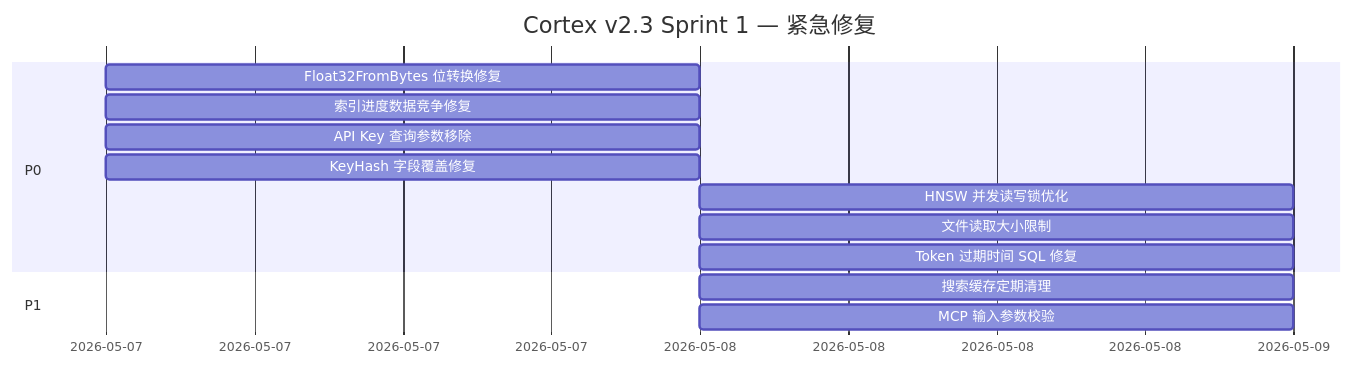
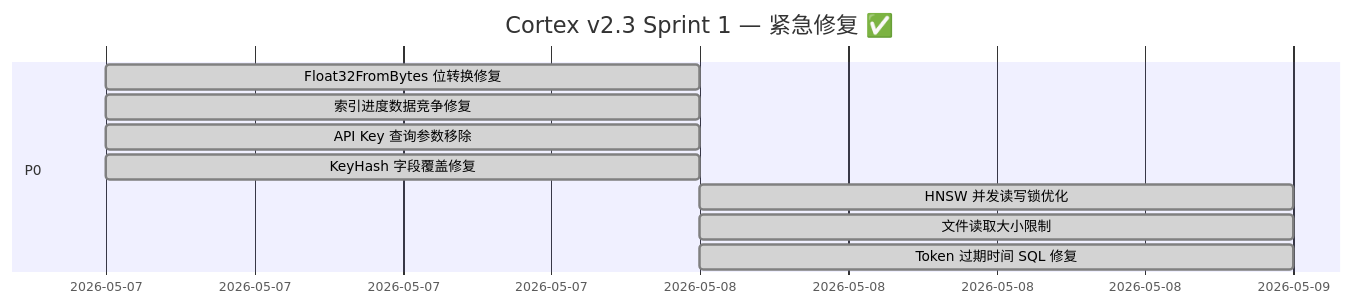
One commit to lh123aa/cortex changed the first of 4 diagrams in ITERATION_PLAN.md. Above: the diagram before and after it, drawn with Mermaid. The commit also changed other lines of this file and 4 other files, not shown here.

````diff
--- a/ITERATION_PLAN.md
+++ b/ITERATION_PLAN.md
@@ -309,16 +311,13 @@
 ```mermaid
 gantt
-    title Cortex v2.3 Sprint 1 — 紧急修复
+    title Cortex v2.3 Sprint 1 — 紧急修复 ✅
     dateFormat  YYYY-MM-DD
     section P0
-    Float32FromBytes 位转换修复           :a1, 2026-05-07, 1d
-    索引进度数据竞争修复                     :a2, 2026-05-07, 1d
-    API Key 查询参数移除                    :a3, 2026-05-07, 0.5d
-    KeyHash 字段覆盖修复                    :a4, 2026-05-07, 0.5d
-    HNSW 并发读写锁优化                     :a5, 2026-05-08, 1d
-    文件读取大小限制                         :a6, 2026-05-08, 0.5d
-    Token 过期时间 SQL 修复                :a7, 2026-05-08, 0.5d
-    section P1
-    搜索缓存定期清理                         :b1, 2026-05-08, 1d
-    MCP 输入参数校验                        :b2, 2026-05-08, 0.5d
+    Float32FromBytes 位转换修复           :done, a1, 2026-05-07, 1d
+    索引进度数据竞争修复                     :done, a2, 2026-05-07, 1d
+    API Key 查询参数移除                    :done, a3, 2026-05-07, 0.5d
+    KeyHash 字段覆盖修复                    :done, a4, 2026-05-07, 0.5d
+    HNSW 并发读写锁优化                     :done, a5, 2026-05-08, 1d
+    文件读取大小限制                         :done, a6, 2026-05-08, 0.5d
+    Token 过期时间 SQL 修复                :done, a7, 2026-05-08, 0.5d
 ```
````
